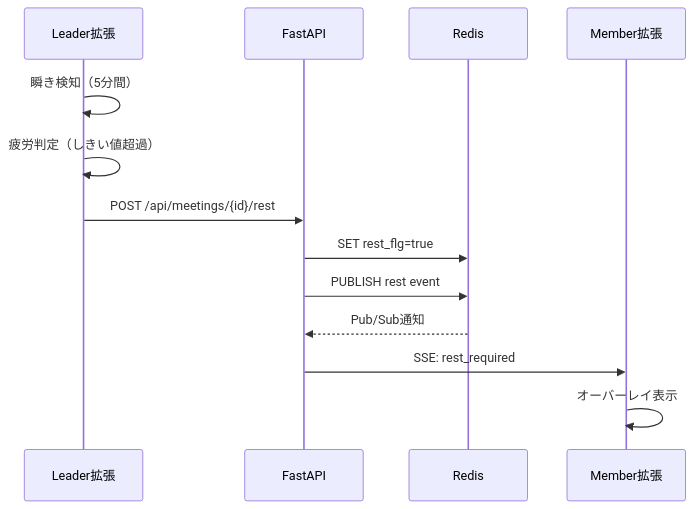
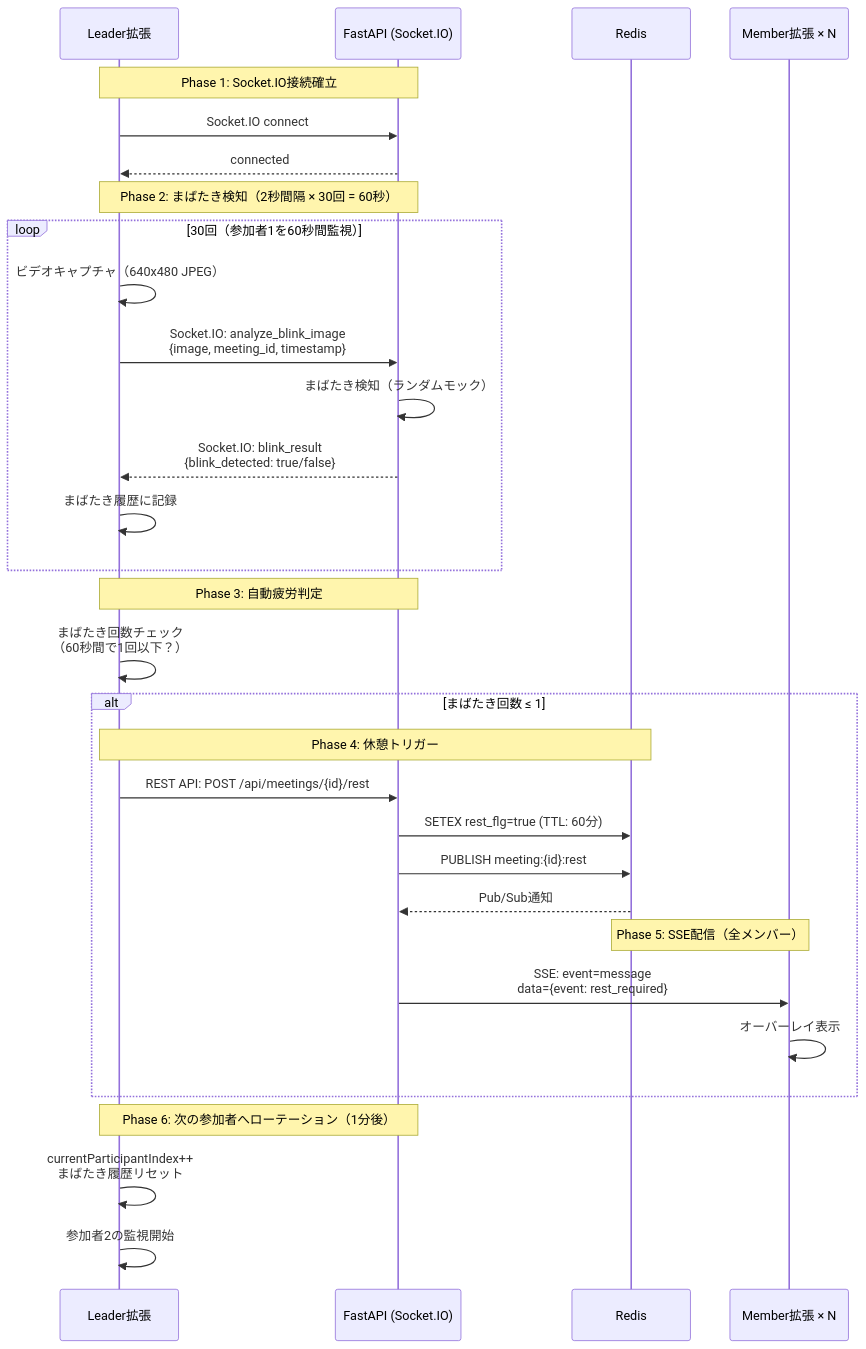
One commit to jphacks/os_2521 changed the second of 2 diagrams in doc/spec/design.md. Above: the diagram before and after it, drawn with Mermaid. The commit also changed other lines of this file and 22 other files, not shown here.

````diff
--- a/doc/spec/design.md
+++ b/doc/spec/design.md
@@ -136,16 +211,39 @@
 ```mermaid
 sequenceDiagram
     participant L as Leader拡張
-    participant S as FastAPI
+    participant S as FastAPI (Socket.IO)
     participant R as Redis
-    participant M as Member拡張
+    participant M as Member拡張 × N
 
-    L->>L: 瞬き検知（5分間）
-    L->>L: 疲労判定（しきい値超過）
-    L->>S: POST /api/meetings/{id}/rest
-    S->>R: SET rest_flg=true
-    S->>R: PUBLISH rest event
-    R-->>S: Pub/Sub通知
-    S->>M: SSE: rest_required
-    M->>M: オーバーレイ表示
+    Note over L,S: Phase 1: Socket.IO接続確立
+    L->>S: Socket.IO connect
+    S-->>L: connected
+
+    Note over L,S: Phase 2: まばたき検知（2秒間隔 × 30回 = 60秒）
+    loop 30回（参加者1を60秒間監視）
+        L->>L: ビデオキャプチャ（640x480 JPEG）
+        L->>S: Socket.IO: analyze_blink_image<br/>{image, meeting_id, timestamp}
+        S->>S: まばたき検知（ランダムモック）
+        S-->>L: Socket.IO: blink_result<br/>{blink_detected: true/false}
+        L->>L: まばたき履歴に記録
+    end
+
+    Note over L,S: Phase 3: 自動疲労判定
+    L->>L: まばたき回数チェック<br/>（60秒間で1回以下？）
+
+    alt まばたき回数 ≤ 1
+        Note over L,R: Phase 4: 休憩トリガー
+        L->>S: REST API: POST /api/meetings/{id}/rest
+        S->>R: SETEX rest_flg=true (TTL: 60分)
+        S->>R: PUBLISH meeting:{id}:rest
+        R-->>S: Pub/Sub通知
+
+        Note over R,M: Phase 5: SSE配信（全メンバー）
+        S->>M: SSE: event=message<br/>data={event: rest_required}
+        M->>M: オーバーレイ表示
+    end
+
+    Note over L,S: Phase 6: 次の参加者へローテーション（1分後）
+    L->>L: currentParticipantIndex++<br/>まばたき履歴リセット
+    L->>L: 参加者2の監視開始
 ```
````
